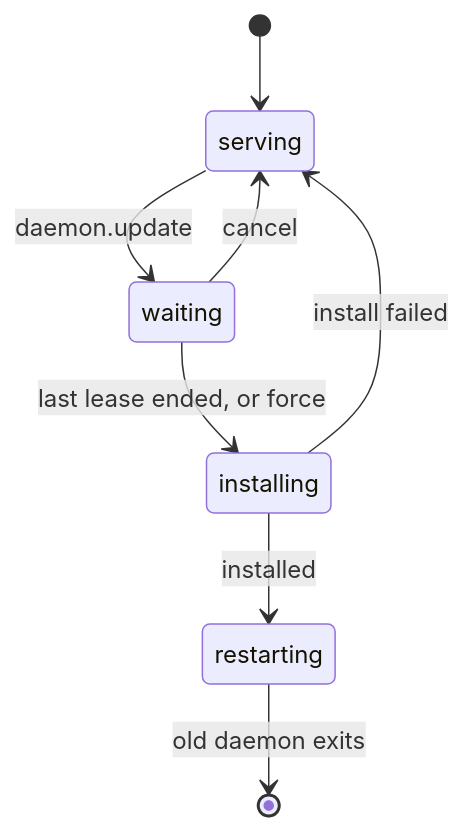
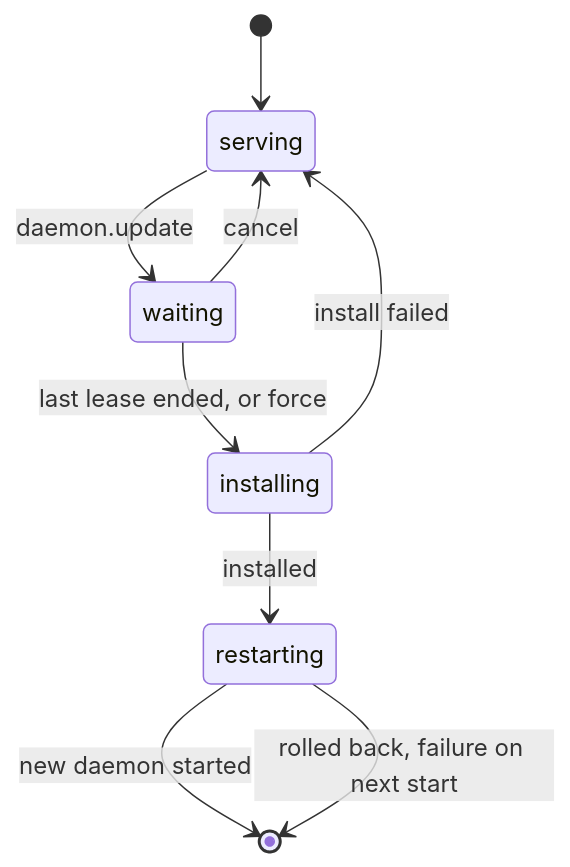
One commit to callstackincubator/simlock changed the third of 3 diagrams in docs/internal/adr/0042-simlock-updates-itself-through-a-frozen-call-and-a-detached-updater.md. Above: the diagram before and after it, drawn with Mermaid. The commit also changed other lines of this file, not shown here.

````diff
--- a/docs/internal/adr/0042-simlock-updates-itself-through-a-frozen-call-and-a-detached-updater.md
+++ b/docs/internal/adr/0042-simlock-updates-itself-through-a-frozen-call-and-a-detached-updater.md
@@ -122,10 +147,11 @@
 ```mermaid
 stateDiagram-v2
   [*] --> serving
   serving --> waiting: daemon.update
   waiting --> serving: cancel
   waiting --> installing: last lease ended, or force
   installing --> serving: install failed
   installing --> restarting: installed
-  restarting --> [*]: old daemon exits
+  restarting --> [*]: new daemon started
+  restarting --> [*]: rolled back, failure on next start
 ```
````
